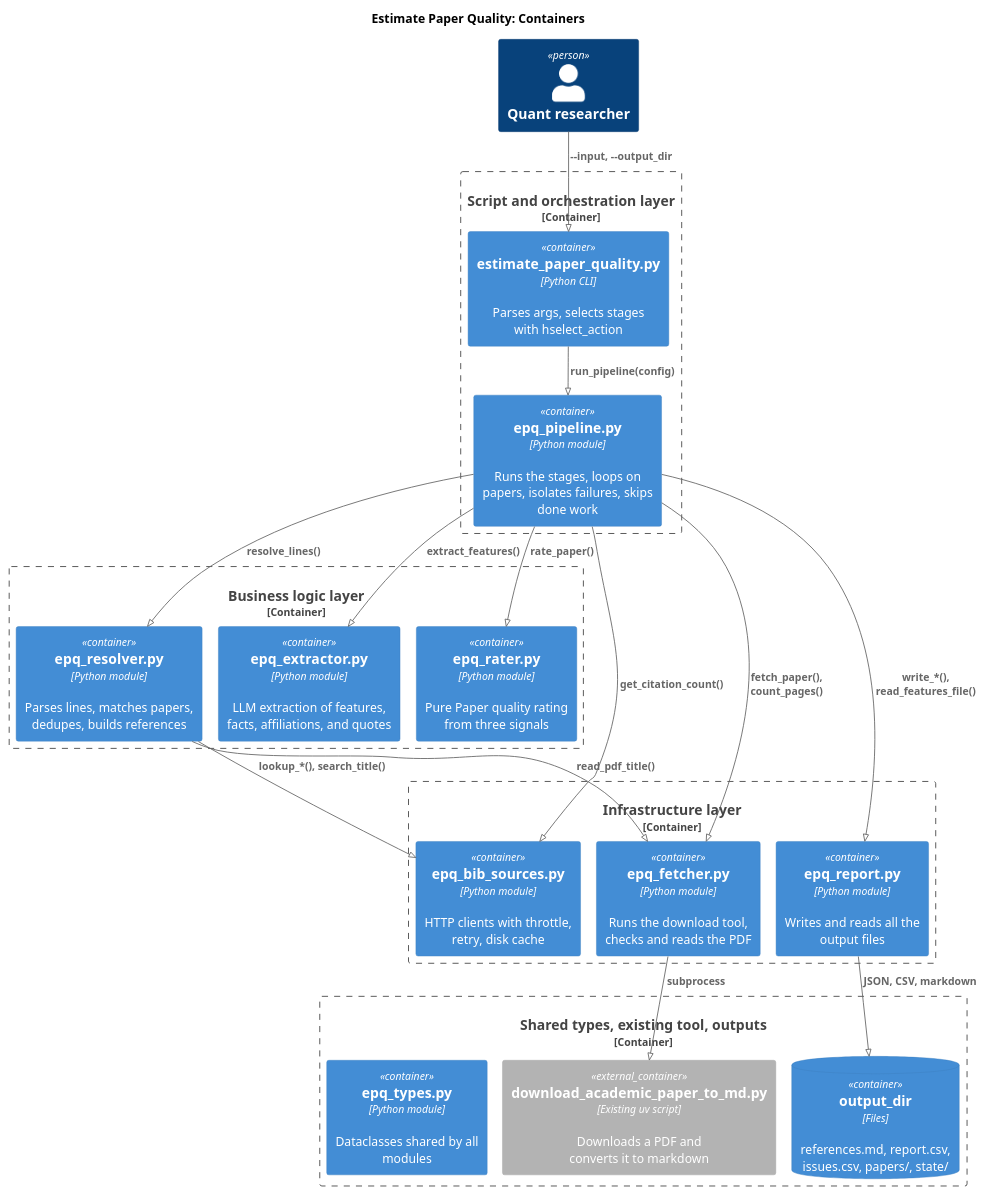
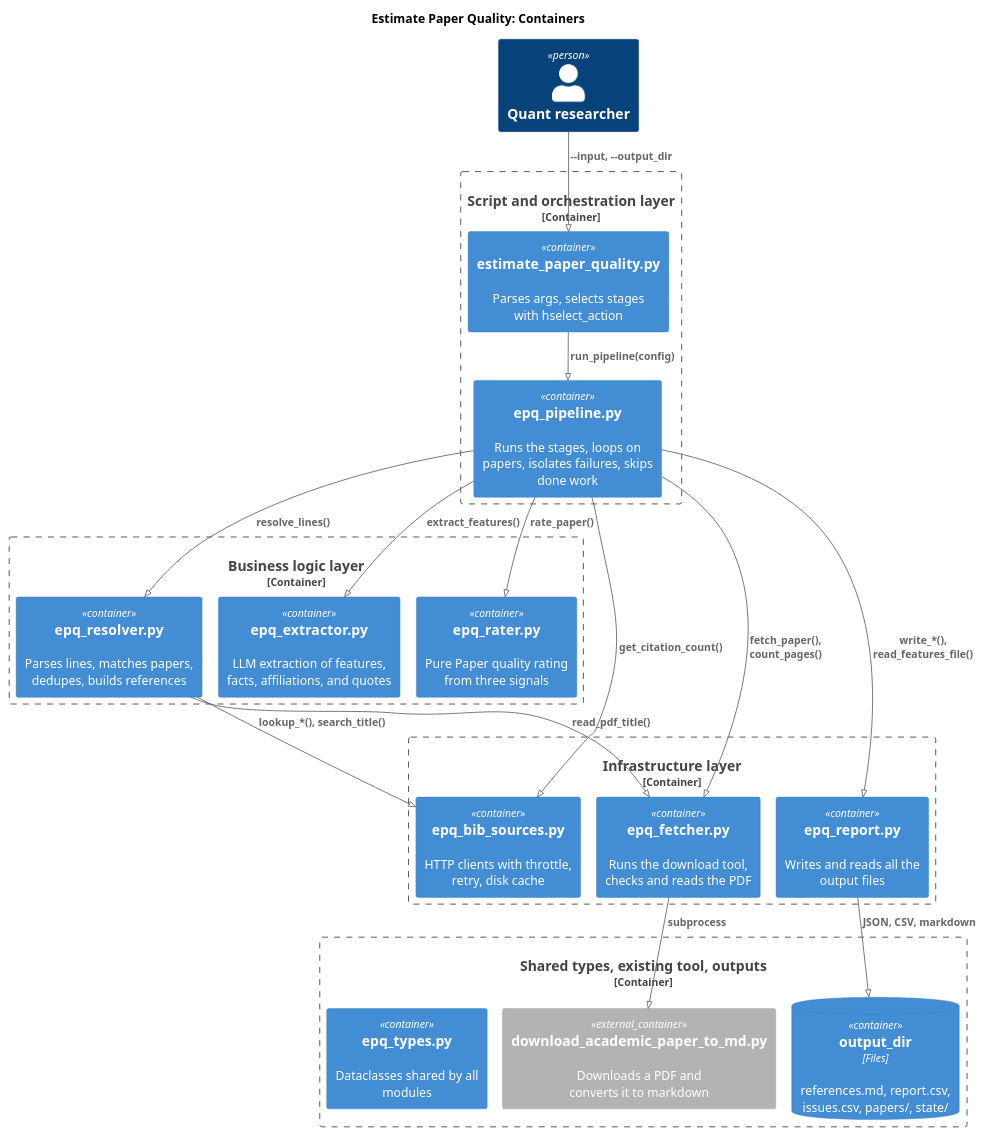
The second of 2 diagrams in research/Estimate_academic_paper_quality/docs/design.architecture.md (gpsaggese/gpsaggese.github.io), drawn with PlantUML before and after one commit. The commit also changed other lines of this file and 11 other files, not shown here.

````diff
--- a/research/Estimate_academic_paper_quality/docs/design.architecture.md
+++ b/research/Estimate_academic_paper_quality/docs/design.architecture.md
@@ -52,43 +52,43 @@
 ```plantuml
 !pragma layout smetana
 !include <C4/C4_Container>
 LAYOUT_TOP_DOWN()
 title Estimate Paper Quality: Containers
 Person(user, "Quant researcher")
 
 Container_Boundary(script, "Script and orchestration layer") {
-  Container(cli, "estimate_paper_quality.py", "Python CLI", "Parses args, selects stages with hselect_action")
-  Container(pipeline, "epq_pipeline.py", "Python module", "Runs the stages, loops on papers, isolates failures, skips done work")
+  Container(cli, "estimate_paper_quality.py", "", "Parses args, selects stages with hselect_action")
+  Container(pipeline, "epq_pipeline.py", "", "Runs the stages, loops on papers, isolates failures, skips done work")
 }
 
 Container_Boundary(logic, "Business logic layer") {
-  Container(resolver, "epq_resolver.py", "Python module", "Parses lines, matches papers, dedupes, builds references")
-  Container(extractor, "epq_extractor.py", "Python module", "LLM extraction of features, facts, affiliations, and quotes")
-  Container(rater, "epq_rater.py", "Python module", "Pure Paper quality rating from three signals")
+  Container(resolver, "epq_resolver.py", "", "Parses lines, matches papers, dedupes, builds references")
+  Container(extractor, "epq_extractor.py", "", "LLM extraction of features, facts, affiliations, and quotes")
+  Container(rater, "epq_rater.py", "", "Pure Paper quality rating from three signals")
 }
 
 Container_Boundary(infra, "Infrastructure layer") {
-  Container(bib, "epq_bib_sources.py", "Python module", "HTTP clients with throttle, retry, disk cache")
-  Container(fetcher, "epq_fetcher.py", "Python module", "Runs the download tool, checks and reads the PDF")
-  Container(report, "epq_report.py", "Python module", "Writes and reads all the output files")
+  Container(bib, "epq_bib_sources.py", "", "HTTP clients with throttle, retry, disk cache")
+  Container(fetcher, "epq_fetcher.py", "", "Runs the download tool, checks and reads the PDF")
+  Container(report, "epq_report.py", "", "Writes and reads all the output files")
 }
 
 Container_Boundary(ext, "Shared types, existing tool, outputs") {
-  Container_Ext(tool, "download_academic_paper_to_md.py", "Existing uv script", "Downloads a PDF and converts it to markdown")
+  Container_Ext(tool, "download_academic_paper_to_md.py", "", "Downloads a PDF and converts it to markdown")
   ContainerDb(out, "output_dir", "Files", "references.md, report.csv, issues.csv, papers/, state/")
-  Container(types, "epq_types.py", "Python module", "Dataclasses shared by all modules")
+  Container(types, "epq_types.py", "", "Dataclasses shared by all modules")
 }
 
 Rel(user, cli, "~-~-input, ~-~-output_dir")
 Rel(cli, pipeline, "run_pipeline(config)")
 Rel(pipeline, resolver, "resolve_lines()")
 Rel(pipeline, fetcher, "fetch_paper(), count_pages()")
 Rel(pipeline, extractor, "extract_features()")
 Rel(pipeline, rater, "rate_paper()")
 Rel(pipeline, report, "write_*(), read_features_file()")
 Rel(pipeline, bib, "get_citation_count()")
 Rel(resolver, bib, "lookup_*(), search_title()")
 Rel(resolver, fetcher, "read_pdf_title()")
 Rel(fetcher, tool, "subprocess")
 Rel(report, out, "JSON, CSV, markdown")
 ```
````
